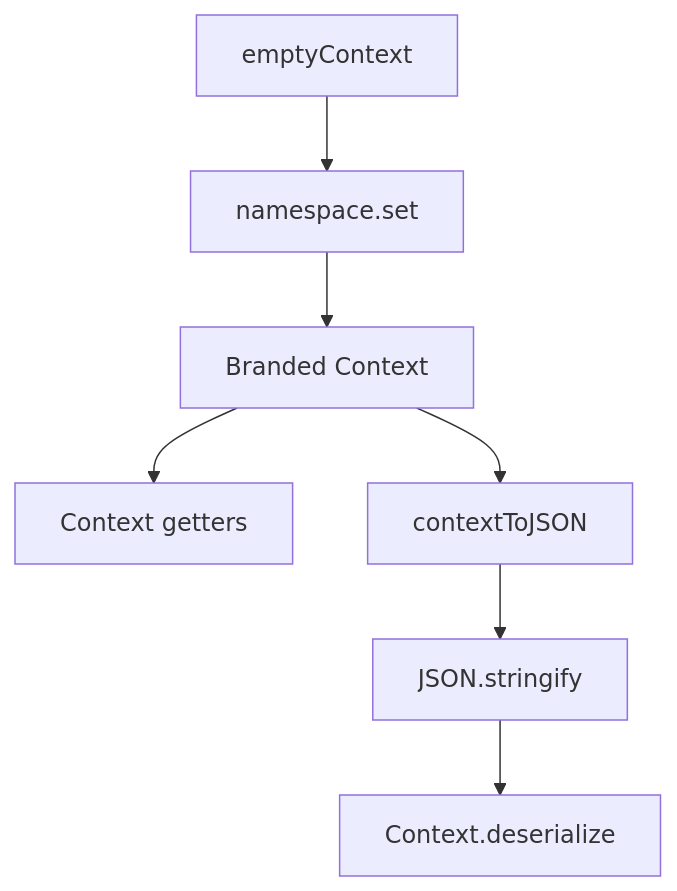
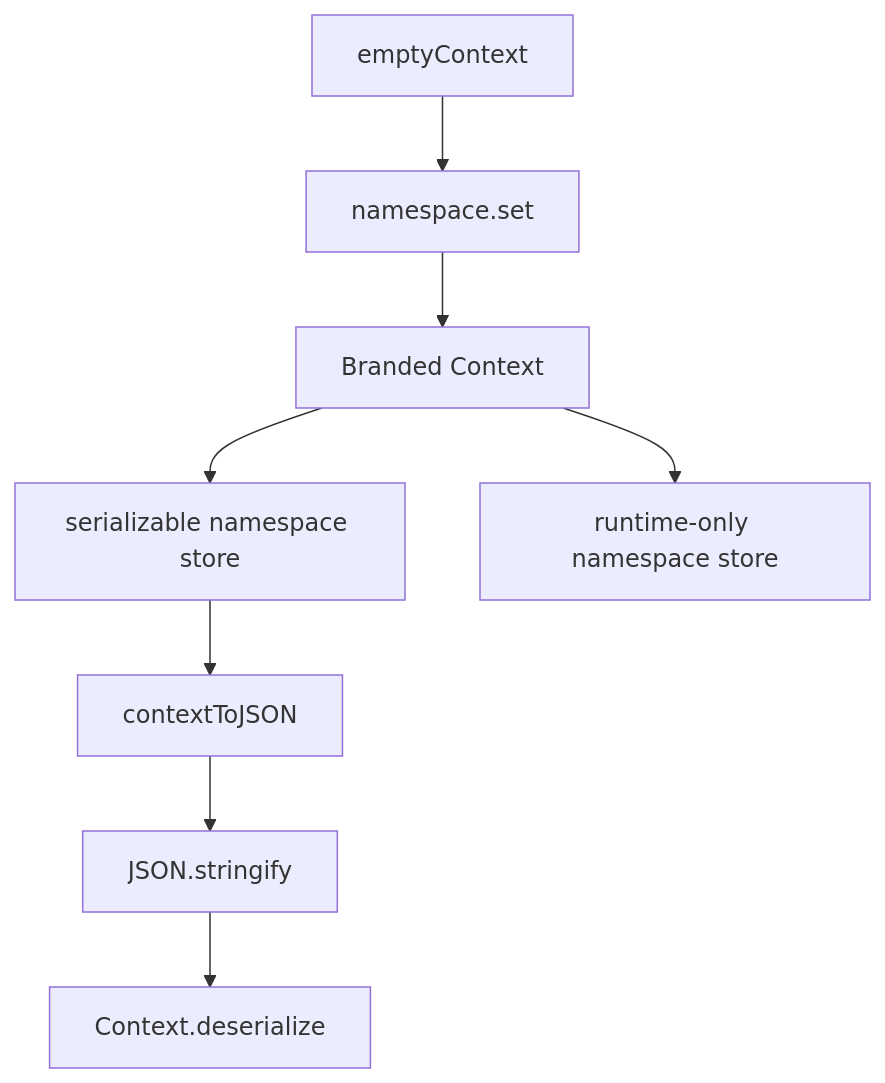
The diagram in doc/20260318-context-namespaces.md (ex3ndr/daycare), drawn with Mermaid before and after one commit. The commit also changed other lines of this file and 3 other files, not shown here.

Commit message:
refactor: split context namespace storage

````diff
--- a/doc/20260318-context-namespaces.md
+++ b/doc/20260318-context-namespaces.md
@@ -30,9 +31,10 @@
 ```mermaid
 flowchart TD
     A[emptyContext] --> B[namespace.set]
     B --> C[Branded Context]
-    C --> D[Context getters]
-    C --> E[contextToJSON]
-    E --> F[JSON.stringify]
-    F --> G[Context.deserialize]
+    C --> D[serializable namespace store]
+    C --> E[runtime-only namespace store]
+    D --> F[contextToJSON]
+    F --> G[JSON.stringify]
+    G --> H[Context.deserialize]
 ```
````
